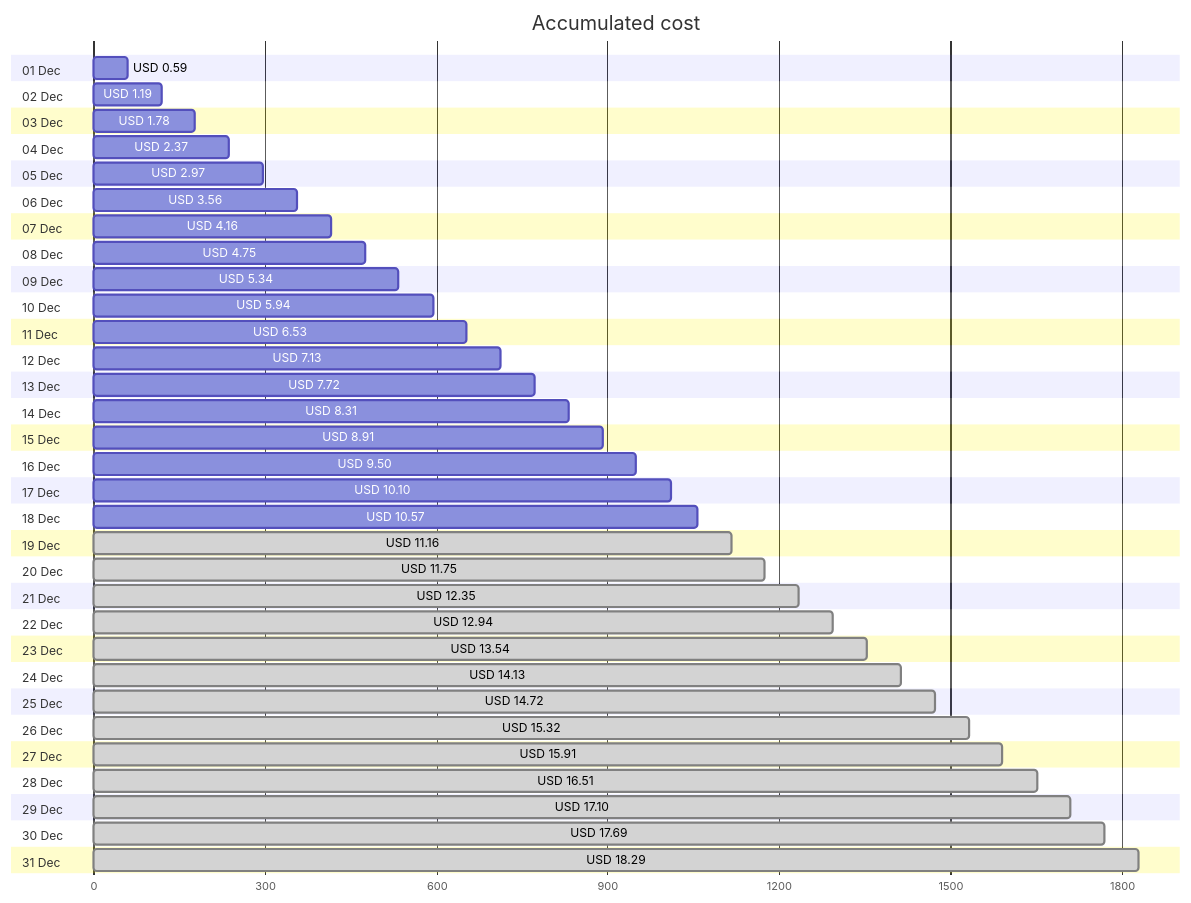
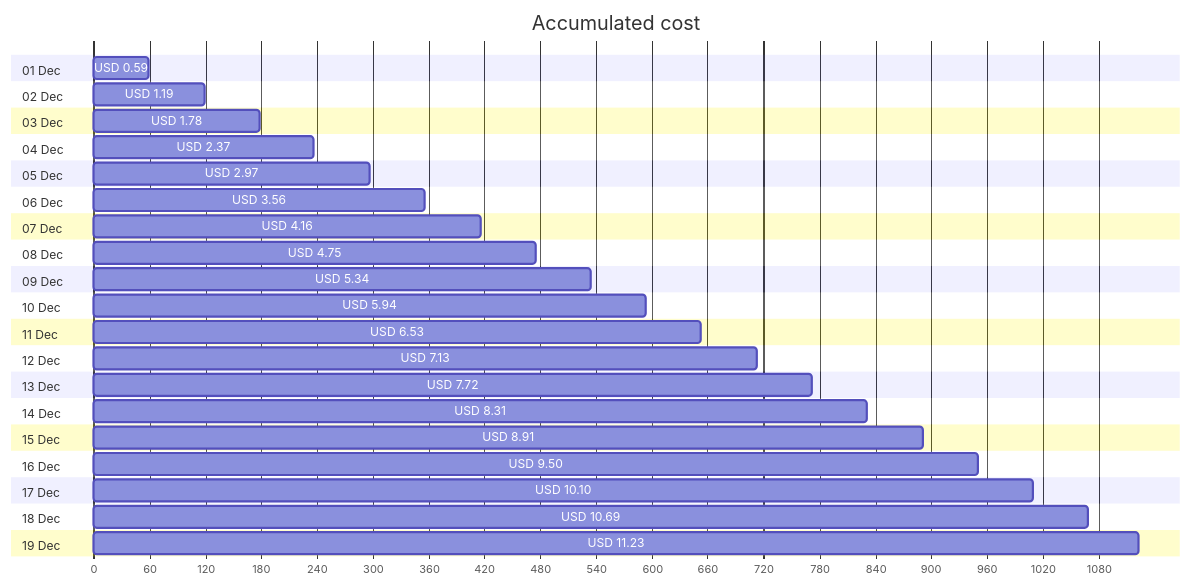
One commit to jpfulton/azure-personal-reports changed the first of 4 diagrams in cost-reports/personal-site/README.md. Above: the diagram before and after it, drawn with Mermaid. The commit also changed other lines of this file and 6 other files, not shown here.

````diff
--- a/cost-reports/personal-site/README.md
+++ b/cost-reports/personal-site/README.md
@@ -20,68 +20,44 @@
 ```mermaid
 gantt
    title Accumulated cost
    dateFormat  X
    axisFormat %s
    section 01 Dec
    USD 0.59 :0, 59
    section 02 Dec
    USD 1.19 :0, 119
    section 03 Dec
    USD 1.78 :0, 178
    section 04 Dec
    USD 2.37 :0, 237
    section 05 Dec
    USD 2.97 :0, 297
    section 06 Dec
    USD 3.56 :0, 356
    section 07 Dec
    USD 4.16 :0, 416
    section 08 Dec
    USD 4.75 :0, 475
    section 09 Dec
    USD 5.34 :0, 534
    section 10 Dec
    USD 5.94 :0, 594
    section 11 Dec
    USD 6.53 :0, 653
    section 12 Dec
    USD 7.13 :0, 713
    section 13 Dec
    USD 7.72 :0, 772
    section 14 Dec
    USD 8.31 :0, 831
    section 15 Dec
    USD 8.91 :0, 891
    section 16 Dec
    USD 9.50 :0, 950
    section 17 Dec
    USD 10.10 :0, 1010
    section 18 Dec
-   USD 10.57 :0, 1057
+   USD 10.69 :0, 1069
    section 19 Dec
-   USD 11.16 : done, 0, 1116
-   section 20 Dec
-   USD 11.75 : done, 0, 1175
-   section 21 Dec
-   USD 12.35 : done, 0, 1235
-   section 22 Dec
-   USD 12.94 : done, 0, 1294
-   section 23 Dec
-   USD 13.54 : done, 0, 1354
-   section 24 Dec
-   USD 14.13 : done, 0, 1413
-   section 25 Dec
-   USD 14.72 : done, 0, 1472
-   section 26 Dec
-   USD 15.32 : done, 0, 1532
-   section 27 Dec
-   USD 15.91 : done, 0, 1591
-   section 28 Dec
-   USD 16.51 : done, 0, 1651
-   section 29 Dec
-   USD 17.10 : done, 0, 1710
-   section 30 Dec
-   USD 17.69 : done, 0, 1769
-   section 31 Dec
-   USD 18.29 : done, 0, 1829
+   USD 11.23 :0, 1123
 ```
````
